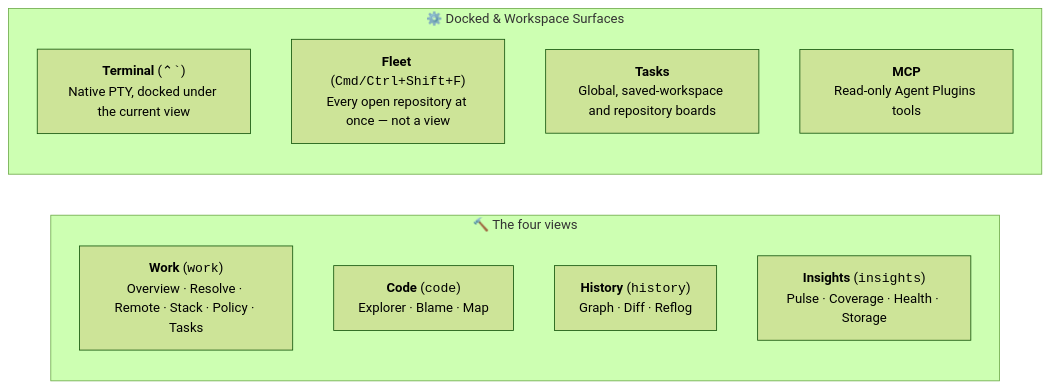
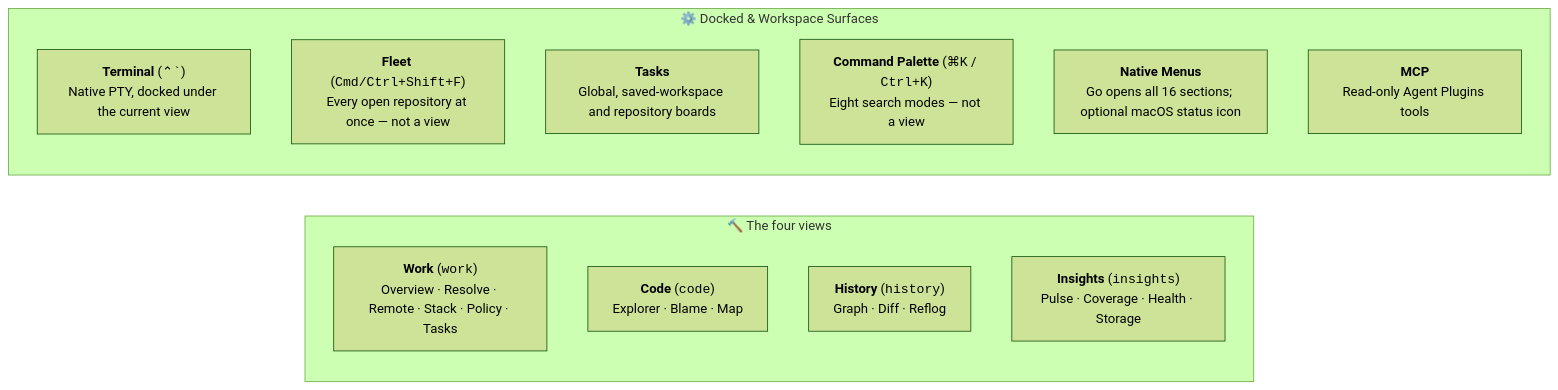
One commit to bharathvbcr/GitPulse changed the second of 4 diagrams in README.md. Above: the diagram before and after it, drawn with Mermaid (forest theme). The commit also changed other lines of this file, not shown here.

Commit message:
docs(readme): document 1.0 desktop shell, pulse insights, and optional tools

````diff
--- a/README.md
+++ b/README.md
@@ -120,16 +127,18 @@
 ```mermaid
 flowchart LR
     subgraph Views["🔨 The four views"]
         WorkTab["<b>Work</b> (<code>work</code>)<br/>Overview · Resolve · Remote · Stack · Policy · Tasks"]
         Code["<b>Code</b> (<code>code</code>)<br/>Explorer · Blame · Map"]
         History["<b>History</b> (<code>history</code>)<br/>Graph · Diff · Reflog"]
         Insights["<b>Insights</b> (<code>insights</code>)<br/>Pulse · Coverage · Health · Storage"]
     end
 
     subgraph Docked["⚙️ Docked & Workspace Surfaces"]
         Terminal["<b>Terminal</b> (<code>⌃`</code>)<br/>Native PTY, docked under the current view"]
         Fleet["<b>Fleet</b> (<code>Cmd/Ctrl+Shift+F</code>)<br/>Every open repository at once — not a view"]
         Tasks["<b>Tasks</b><br/>Global, saved-workspace and repository boards"]
+        Palette["<b>Command Palette</b> (<code>⌘K</code> / <code>Ctrl+K</code>)<br/>Eight search modes — not a view"]
+        Menus["<b>Native Menus</b><br/>Go opens all 16 sections; optional macOS status icon"]
         MCP["<b>MCP</b><br/>Read-only Agent Plugins tools"]
     end
 ```
````
